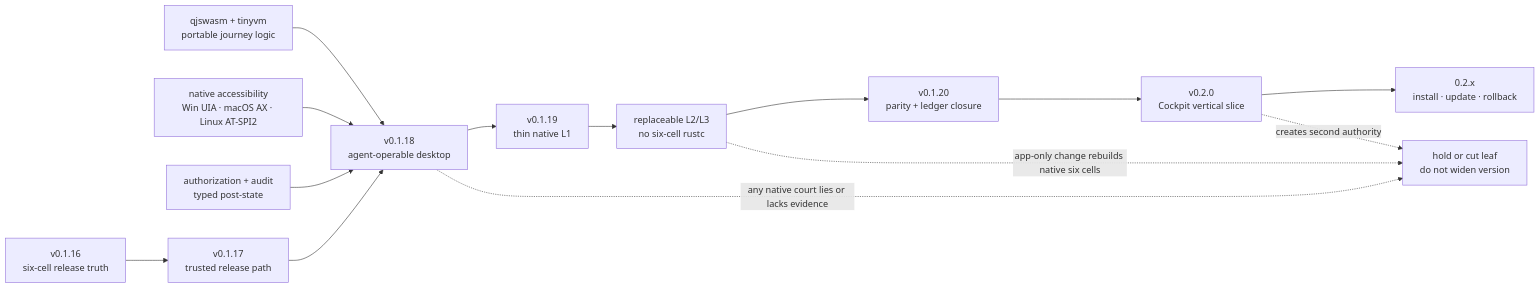
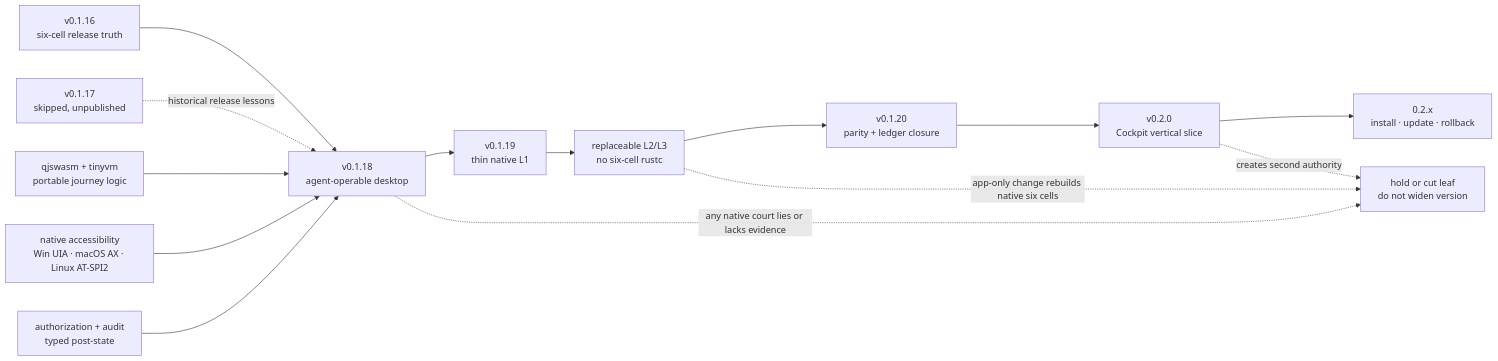
One commit to partnernetsoftware/agenterm changed the diagram in prd/PRD_02_18_roadmap.md. Above: the diagram before and after it, drawn with Mermaid. The commit also changed other lines of this file and 22 other files, not shown here.

Commit message:
chore(release): open v0.1.18 after skipped v0.1.17

````diff
--- a/prd/PRD_02_18_roadmap.md
+++ b/prd/PRD_02_18_roadmap.md
@@ -49,24 +53,25 @@
 ```mermaid
 flowchart LR
   V16["v0.1.16<br/>six-cell release truth"]
   CU["v0.1.18<br/>agent-operable desktop"]
   Q["qjswasm + tinyvm<br/>portable journey logic"]
   A11Y["native accessibility<br/>Win UIA · macOS AX · Linux AT-SPI2"]
   AUTH["authorization + audit<br/>typed post-state"]
   L1["v0.1.19<br/>thin native L1"]
   L2["replaceable L2/L3<br/>no six-cell rustc"]
   CLOSE["v0.1.20<br/>parity + ledger closure"]
   CC["v0.2.0<br/>Cockpit vertical slice"]
   DIST["0.2.x<br/>install · update · rollback"]
   HOLD["hold or cut leaf<br/>do not widen version"]
 
-  R17["v0.1.17<br/>trusted release path"]
-  V16 --> R17 --> CU
+  R17["v0.1.17<br/>skipped, unpublished"]
+  V16 --> CU
+  R17 -. historical release lessons .-> CU
   Q --> CU
   A11Y --> CU
   AUTH --> CU
   CU --> L1 --> L2 --> CLOSE --> CC --> DIST
   CU -. any native court lies or lacks evidence .-> HOLD
   L2 -. app-only change rebuilds native six cells .-> HOLD
   CC -. creates second authority .-> HOLD
 ```
````
